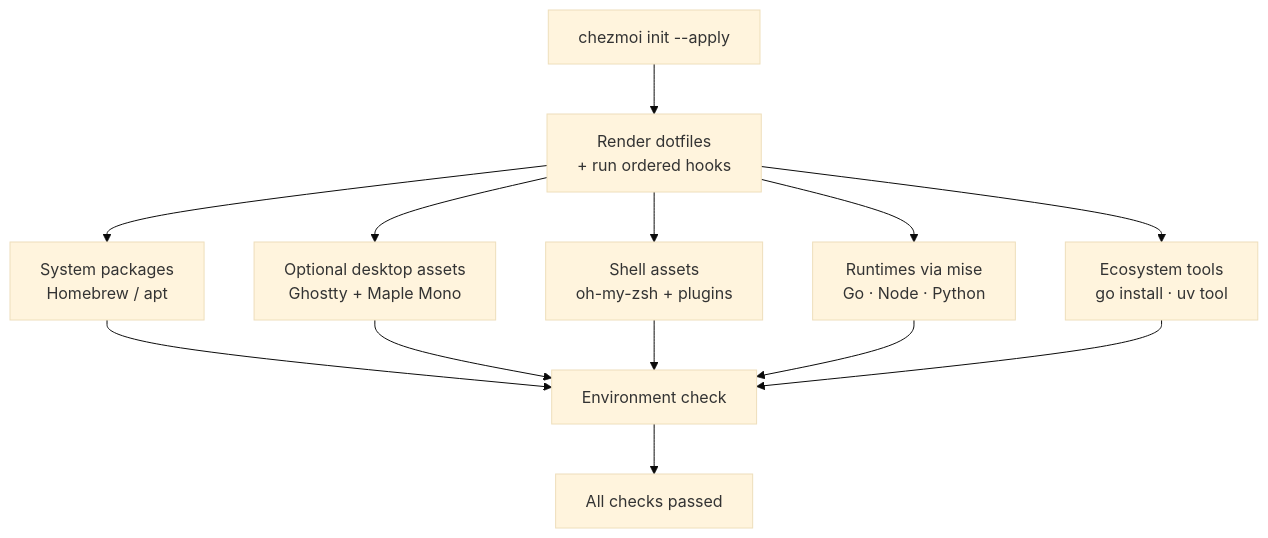
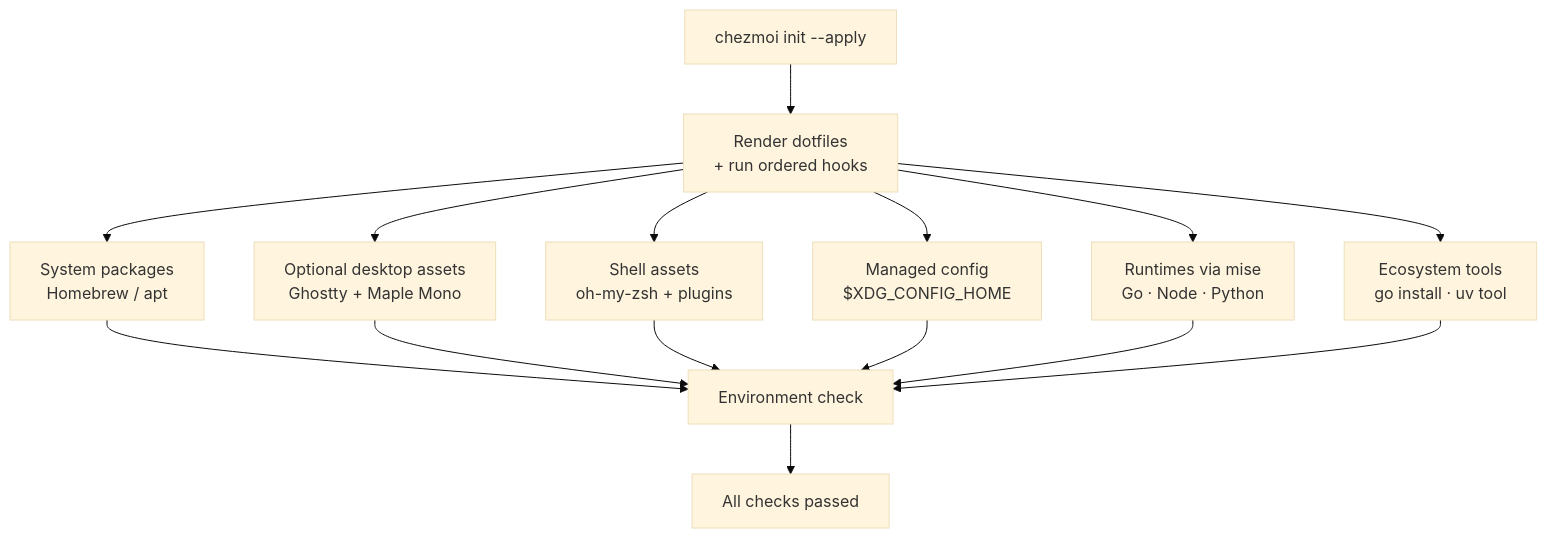
One commit to kangmingxuan/oh-my-devenv changed the diagram in README.md. Above: the diagram before and after it, drawn with Mermaid (base theme). The commit also changed other lines of this file and 37 other files, not shown here.

First line of the commit message:
Honor XDG_CONFIG_HOME across managed configuration (#23)

````diff
--- a/README.md
+++ b/README.md
@@ -30,15 +30,17 @@
 ```mermaid
 flowchart TD
     A["chezmoi init --apply"] --> B["Render dotfiles<br/>+ run ordered hooks"]
     B --> C["System packages<br/>Homebrew / apt"]
     B --> D["Optional desktop assets<br/>Ghostty + Maple Mono"]
     B --> E["Shell assets<br/>oh-my-zsh + plugins"]
+    B --> X["Managed config<br/>$XDG_CONFIG_HOME"]
     B --> F["Runtimes via mise<br/>Go · Node · Python"]
     B --> G["Ecosystem tools<br/>go install · uv tool"]
     C --> H["Environment check"]
     D --> H
     E --> H
+    X --> H
     F --> H
     G --> H
     H --> I["All checks passed"]
 ```
````
